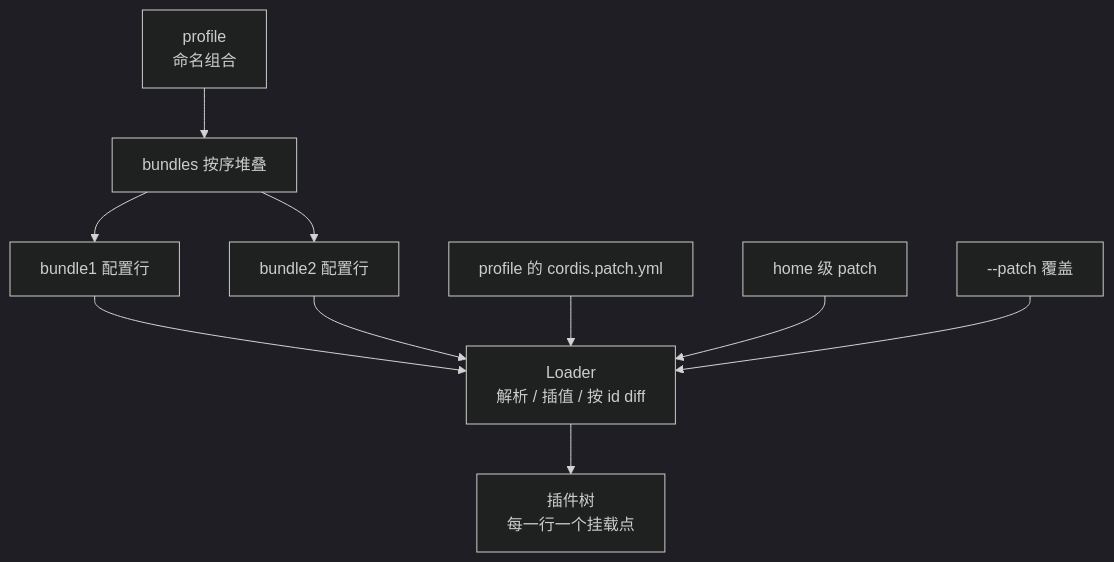
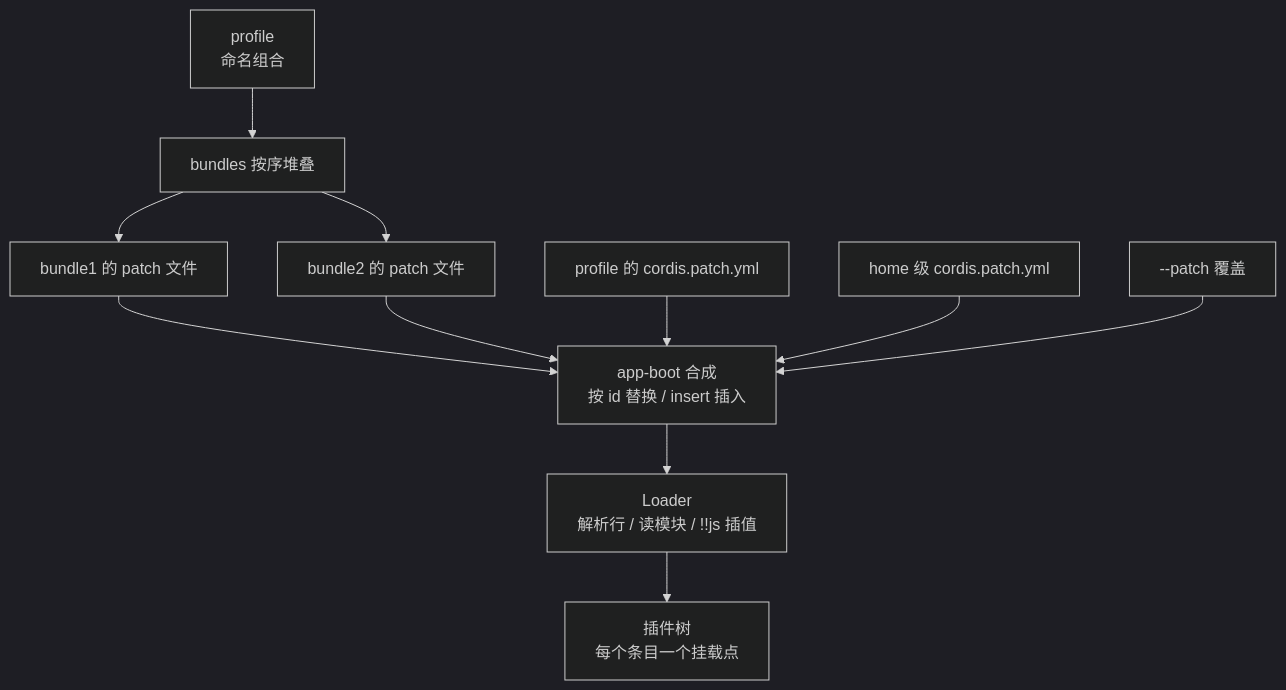
Before and after one commit to Chieko3020/Chieko3020.github.io: the tenth of 16 diagrams in source/_posts/DeepSeek Harness 简析.md, drawn with Mermaid (dark theme). The commit also changed other lines of this file and 4 other files, not shown here.

Commit message:
更新：DeepSeek Harness 简析 升级到 0.2.2-rc.1（事件表、会话格式、preset、subagent 换轴），新增产品形态一节与四张配图

````diff
--- a/source/_posts/DeepSeek Harness 简析.md
+++ b/source/_posts/DeepSeek Harness 简析.md
@@ -818,12 +872,13 @@
 ```mermaid
 graph TB
     PROF[profile<br/>命名组合] --> BUNDLES[bundles 按序堆叠]
-    BUNDLES --> B1[bundle1 配置行]
-    BUNDLES --> B2[bundle2 配置行]
-    B1 --> LOADER[Loader<br/>解析 / 插值 / 按 id diff]
-    B2 --> LOADER
-    P1[profile 的 cordis.patch.yml] --> LOADER
-    P2[home 级 patch] --> LOADER
-    P3[--patch 覆盖] --> LOADER
-    LOADER --> TREE[插件树<br/>每一行一个挂载点]
+    BUNDLES --> B1[bundle1 的 patch 文件]
+    BUNDLES --> B2[bundle2 的 patch 文件]
+    B1 --> APPLY[app-boot 合成<br/>按 id 替换 / insert 插入]
+    B2 --> APPLY
+    P1[profile 的 cordis.patch.yml] --> APPLY
+    P2[home 级 cordis.patch.yml] --> APPLY
+    P3[--patch 覆盖] --> APPLY
+    APPLY --> LOADER[Loader<br/>解析行 / 读模块 / !!js 插值]
+    LOADER --> TREE[插件树<br/>每个条目一个挂载点]
 ```
````
